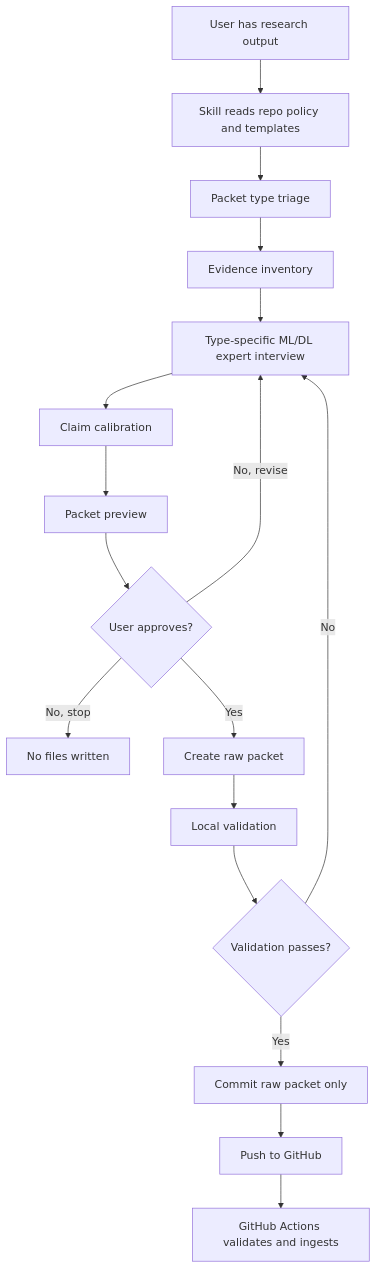
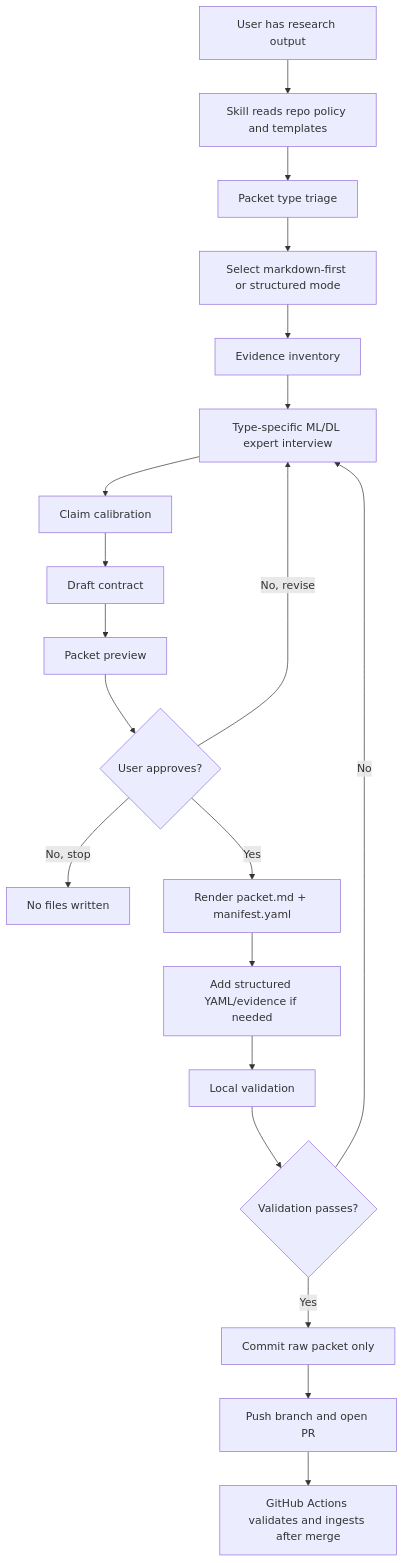
One commit to chunryongoh/team_llm_wiki changed the diagram in docs/superpowers/specs/2026-05-28-team-llm-wiki-packet-skill-design.md. Above: the diagram before and after it, drawn with Mermaid. The commit also changed other lines of this file and 2 other files, not shown here.

Commit message:
docs: align packet skill spec with hybrid mode

````diff
--- a/docs/superpowers/specs/2026-05-28-team-llm-wiki-packet-skill-design.md
+++ b/docs/superpowers/specs/2026-05-28-team-llm-wiki-packet-skill-design.md
@@ -474,19 +567,22 @@
 ```mermaid
 flowchart TD
     A["User has research output"] --> B["Skill reads repo policy and templates"]
     B --> C["Packet type triage"]
-    C --> D["Evidence inventory"]
-    D --> E["Type-specific ML/DL expert interview"]
-    E --> F["Claim calibration"]
-    F --> G["Packet preview"]
-    G --> H{"User approves?"}
-    H -->|No, revise| E
-    H -->|No, stop| Z["No files written"]
-    H -->|Yes| I["Create raw packet"]
-    I --> J["Local validation"]
-    J --> K{"Validation passes?"}
-    K -->|No| E
-    K -->|Yes| L["Commit raw packet only"]
-    L --> M["Push to GitHub"]
-    M --> N["GitHub Actions validates and ingests"]
+    C --> D["Select markdown-first or structured mode"]
+    D --> E["Evidence inventory"]
+    E --> F["Type-specific ML/DL expert interview"]
+    F --> G["Claim calibration"]
+    G --> H["Draft contract"]
+    H --> I["Packet preview"]
+    I --> J{"User approves?"}
+    J -->|No, revise| F
+    J -->|No, stop| Z["No files written"]
+    J -->|Yes| K["Render packet.md + manifest.yaml"]
+    K --> L["Add structured YAML/evidence if needed"]
+    L --> M["Local validation"]
+    M --> N{"Validation passes?"}
+    N -->|No| F
+    N -->|Yes| O["Commit raw packet only"]
+    O --> P["Push branch and open PR"]
+    P --> Q["GitHub Actions validates and ingests after merge"]
 ```
````
